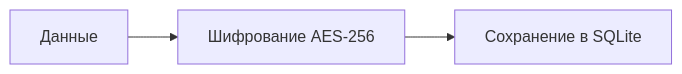
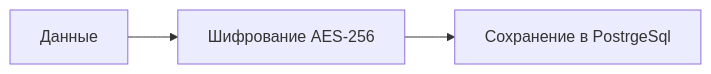
One commit to fpmi-pmvs2025/pmvs12a-lab8-smalldata changed the third of 3 diagrams in docs/index.md. Above: the diagram before and after it, drawn with Mermaid. The commit also changed other lines of this file, not shown here.

````diff
--- a/docs/index.md
+++ b/docs/index.md
@@ -90,5 +123,5 @@
 ```mermaid
 graph LR
   A[Данные] --> B[Шифрование AES-256]
-  B --> C[Сохранение в SQLite]
+  B --> C[Сохранение в PostrgeSql]
 ```
````
